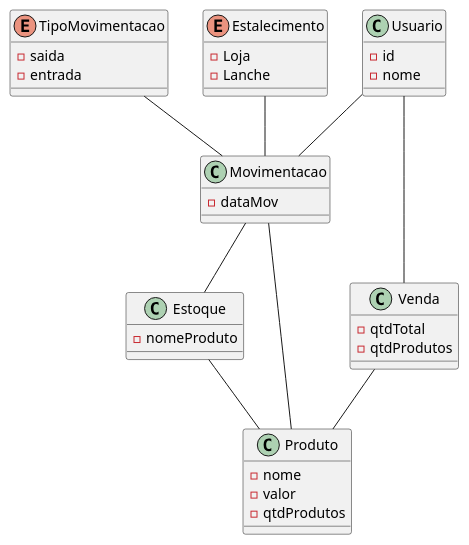
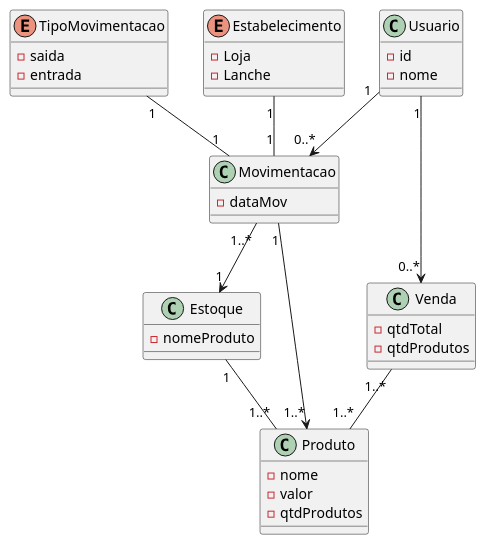
The diagram in diagrama_de_c lasse_ger_de_loja.wsd (yurilsn/gerenciamento_loja_lanche), drawn with PlantUML before and after one commit.

Commit message:
Inserindo cardinalidade no diagrama de classe

```diff
--- a/diagrama_de_c lasse_ger_de_loja.wsd
+++ b/diagrama_de_c lasse_ger_de_loja.wsd
@@ -1,71 +1,58 @@
 @startuml
 
     enum TipoMovimentacao{
         - saida
         - entrada
 
     }
 
-    enum Estalecimento{
+    enum Estabelecimento{
         - Loja
         - Lanche
-
     }
 
 
     class Usuario{
         -id
         - nome
 
     }
 
     class Movimentacao{
         - dataMov
     }
 
     class Estoque{
         - nomeProduto
     }
 
     class Produto{
         - nome
         - valor
         - qtdProdutos
     }
 
     class Venda{
         - qtdTotal
         - qtdProdutos
     }
 
-    ' Venda -- Movimentacao
-    Usuario -- Venda
-    Venda -- Produto
-    Movimentacao -- Produto
-    Movimentacao -- Estoque
-    Estoque -- Produto
-    Usuario -- Movimentacao
+    Usuario "1" --> "0..*" Venda
+    Usuario "1" --> "0..*" Movimentacao
 
-    TipoMovimentacao -- Movimentacao
-    Estalecimento -- Movimentacao
+    Movimentacao "1" --> "1..*" Produto
+    Movimentacao "1..*" --> "1" Estoque
 
+    Venda "1..*" -- "1..*" Produto
 
+    Estoque "1" -- "1..*" Produto
 
+    TipoMovimentacao "1" -- "1" Movimentacao
 
-
-    ' Produto "0..*" <-- "1" Venda
-
-    ' Produto "0..*" <-- "1" Estoque
-
-
-    ' Venda "1" <-- "1" Movimentacao
-
-
-
-
+    Estabelecimento "1" -- "1" Movimentacao
 
 
 
 
 
 @enduml
```
